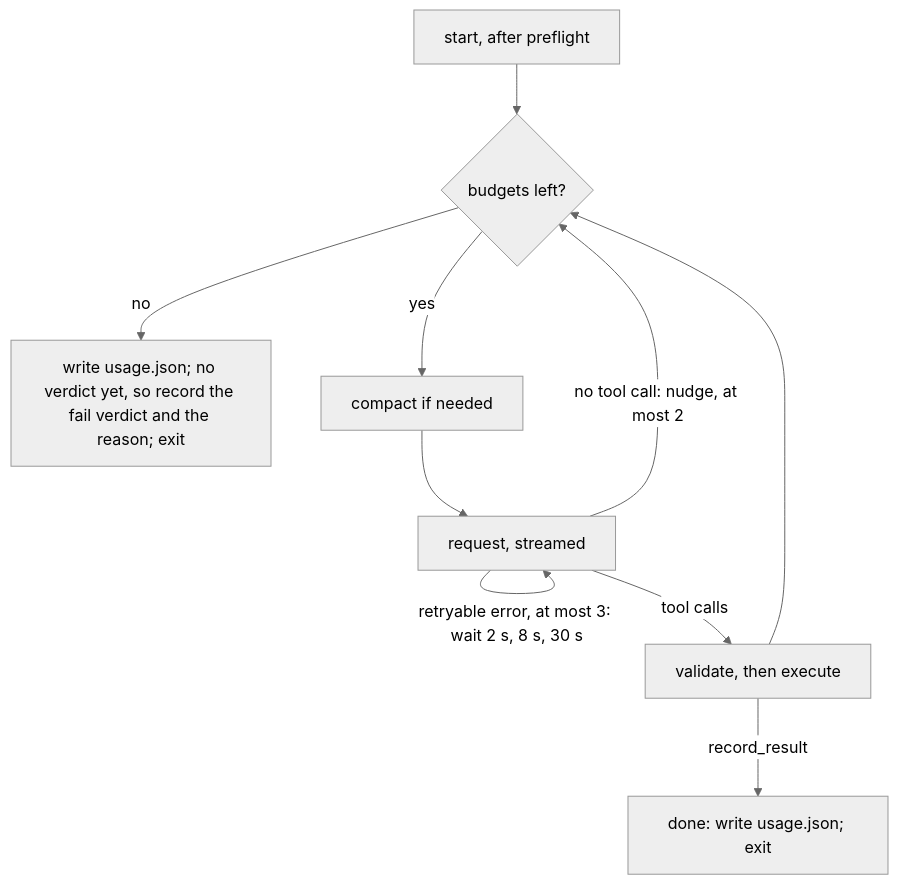
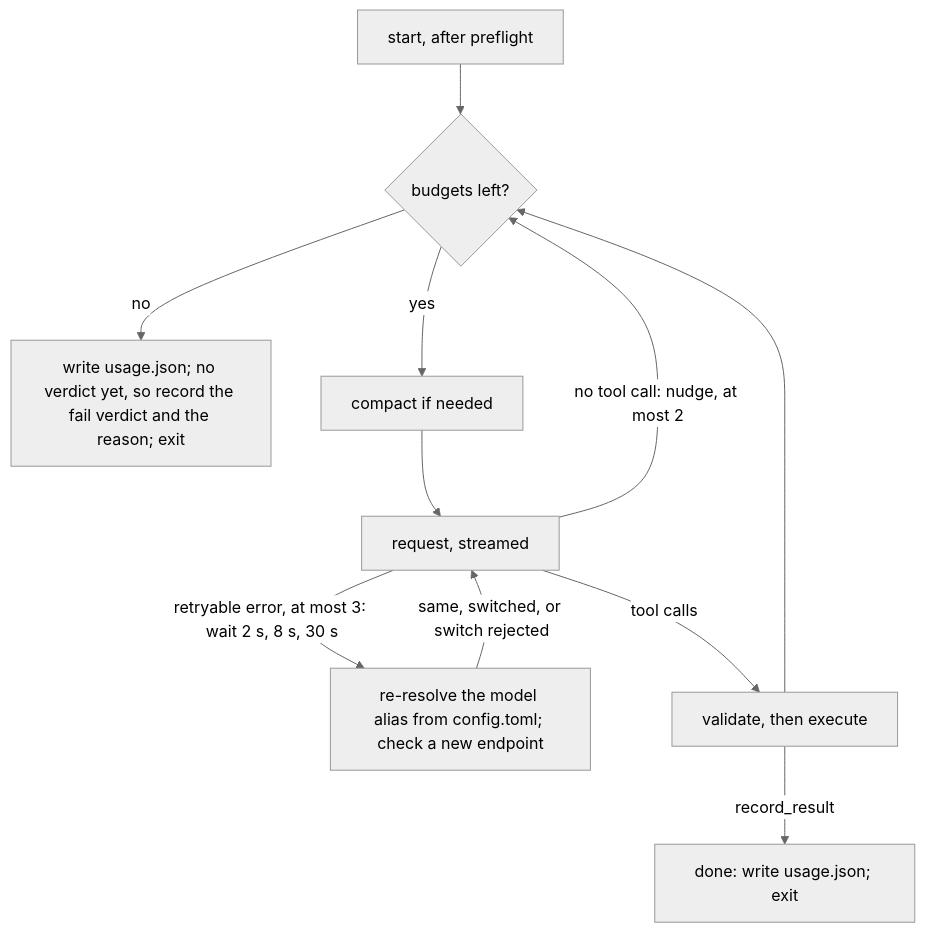
The diagram in docs/adrs/0065-runner-agent-loop-tools-and-budgets.md (bobcob7/workspaces), drawn with Mermaid (neutral theme) before and after one commit. The commit also changed other lines of this file, not shown here.

Commit message:
docs: re-resolve between retries in the runner's loop (ADR 0065)

````diff
--- a/docs/adrs/0065-runner-agent-loop-tools-and-budgets.md
+++ b/docs/adrs/0065-runner-agent-loop-tools-and-budgets.md
@@ -107,12 +109,13 @@
 ```mermaid
 flowchart TD
     start["start, after preflight"] --> budget{"budgets left?"}
     budget -->|"no"| stop["write usage.json; no verdict yet, so record the fail verdict and the reason; exit"]
     budget -->|"yes"| compact["compact if needed"]
     compact --> request["request, streamed"]
-    request -->|"retryable error, at most 3: wait 2 s, 8 s, 30 s"| request
+    request -->|"retryable error, at most 3: wait 2 s, 8 s, 30 s"| reresolve["re-resolve the model alias from config.toml; check a new endpoint"]
+    reresolve -->|"same, switched, or switch rejected"| request
     request -->|"no tool call: nudge, at most 2"| budget
     request -->|"tool calls"| validate["validate, then execute"]
     validate --> budget
     validate -->|"record_result"| done["done: write usage.json; exit"]
 ```
````
